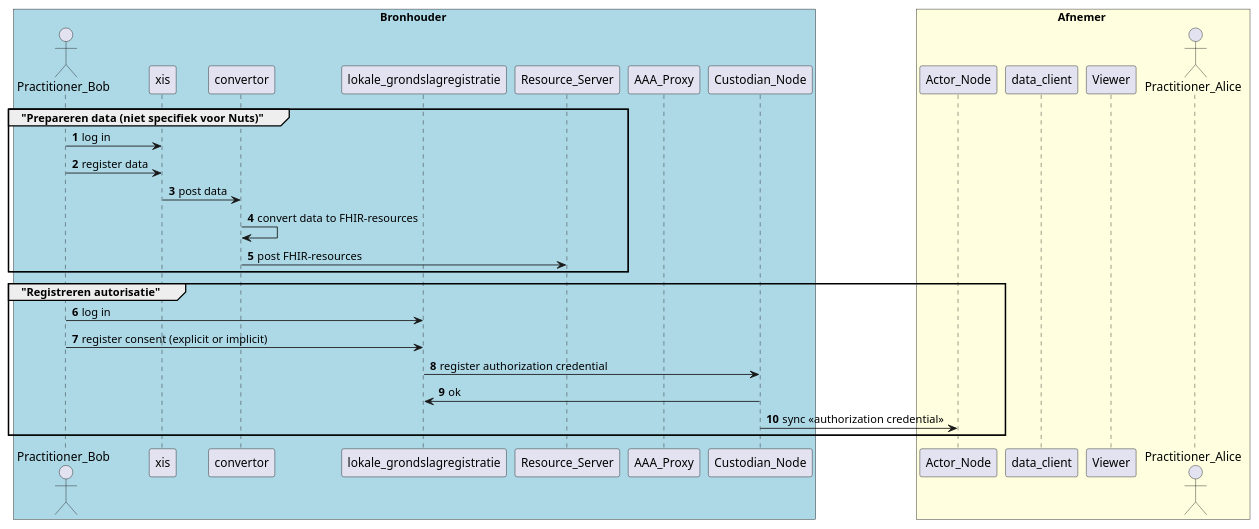
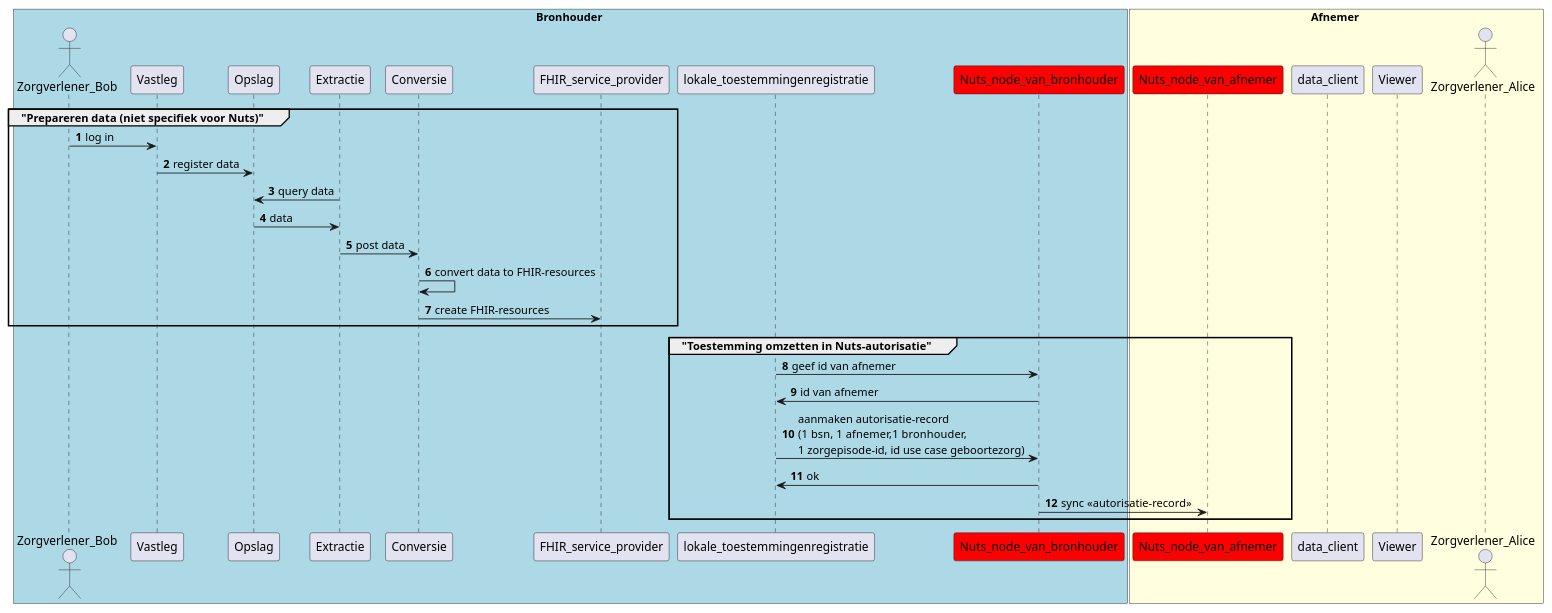
Before and after one commit to jorritspee/plantuml-zorginzage-babyconnect: the diagram in zorginzage-publiceren-modulair.puml, drawn with PlantUML.

```diff
--- a/zorginzage-publiceren-modulair.puml
+++ b/zorginzage-publiceren-modulair.puml
@@ -1,35 +1,48 @@
 @startuml
 autonumber
 box Bronhouder #lightblue
-actor Practitioner_Bob
-participant xis as epd
-participant convertor
-participant lokale_grondslagregistratie as lokgrond
-participant Resource_Server as RS
-participant AAA_Proxy as proxy
-participant Custodian_Node
+actor Zorgverlener_Bob
+participant Vastleg
+participant Opslag
+participant Extractie
+participant Conversie as convertor
+participant FHIR_service_provider as RS
+participant lokale_toestemmingenregistratie as lokgrond
+'participant AAA_Proxy as proxy'
+'participant lokale_identity_provider'
+'participant Autorisatie_server'
+'participant Authenticatie_server'
+'participant Proxy2'
+participant Nuts_node_van_bronhouder as Custodian_Node #red
 end box
 
+'participant landelijke_identity_provider'
+'participant rol_zib_matrix'
+
 box Afnemer #lightyellow
-participant Actor_Node
+participant Nuts_node_van_afnemer as Actor_Node #red
 participant data_client
 participant Viewer
-actor Practitioner_Alice
+actor Zorgverlener_Alice as Practitioner_Alice
 end box
 
 group "Prepareren data (niet specifiek voor Nuts)"
-  Practitioner_Bob -> epd : log in
-  Practitioner_Bob -> epd : register data
-  epd -> convertor: post data
+  Zorgverlener_Bob -> Vastleg : log in
+  Vastleg -> Opslag : register data
+  Extractie -> Opslag : query data
+  Opslag -> Extractie : data
+  Extractie -> convertor: post data
   convertor -> convertor: convert data to FHIR-resources
-  convertor -> RS : post FHIR-resources
+  convertor -> RS : create FHIR-resources
 end group
 
-group "Registreren autorisatie"
-  Practitioner_Bob -> lokgrond : log in
-  Practitioner_Bob -> lokgrond : register consent (explicit or implicit)
-  lokgrond -> Custodian_Node : register authorization credential
+group "Toestemming omzetten in Nuts-autorisatie"
+  'Zorgverlener_Bob -> Vastleg : log in'
+  'Vastleg -> lokgrond : register consent (expliciet of verondersteld)'
+  lokgrond -> Custodian_Node : geef id van afnemer
+  Custodian_Node -> lokgrond : id van afnemer
+  lokgrond -> Custodian_Node : aanmaken autorisatie-record\n(1 bsn, 1 afnemer,1 bronhouder,\n1 zorgepisode-id, id use case geboortezorg)
   Custodian_Node -> lokgrond : ok
-  Custodian_Node -> Actor_Node : sync <<authorization credential>>
+  Custodian_Node -> Actor_Node : sync <<autorisatie-record>>
 end group
 @enduml
```
